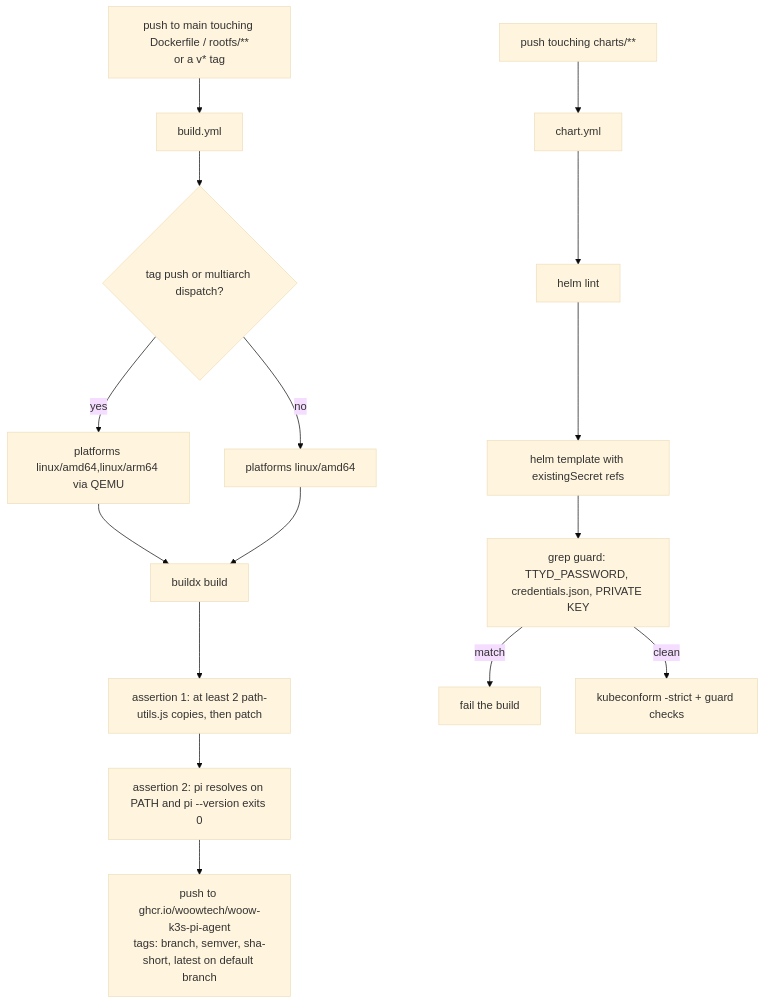
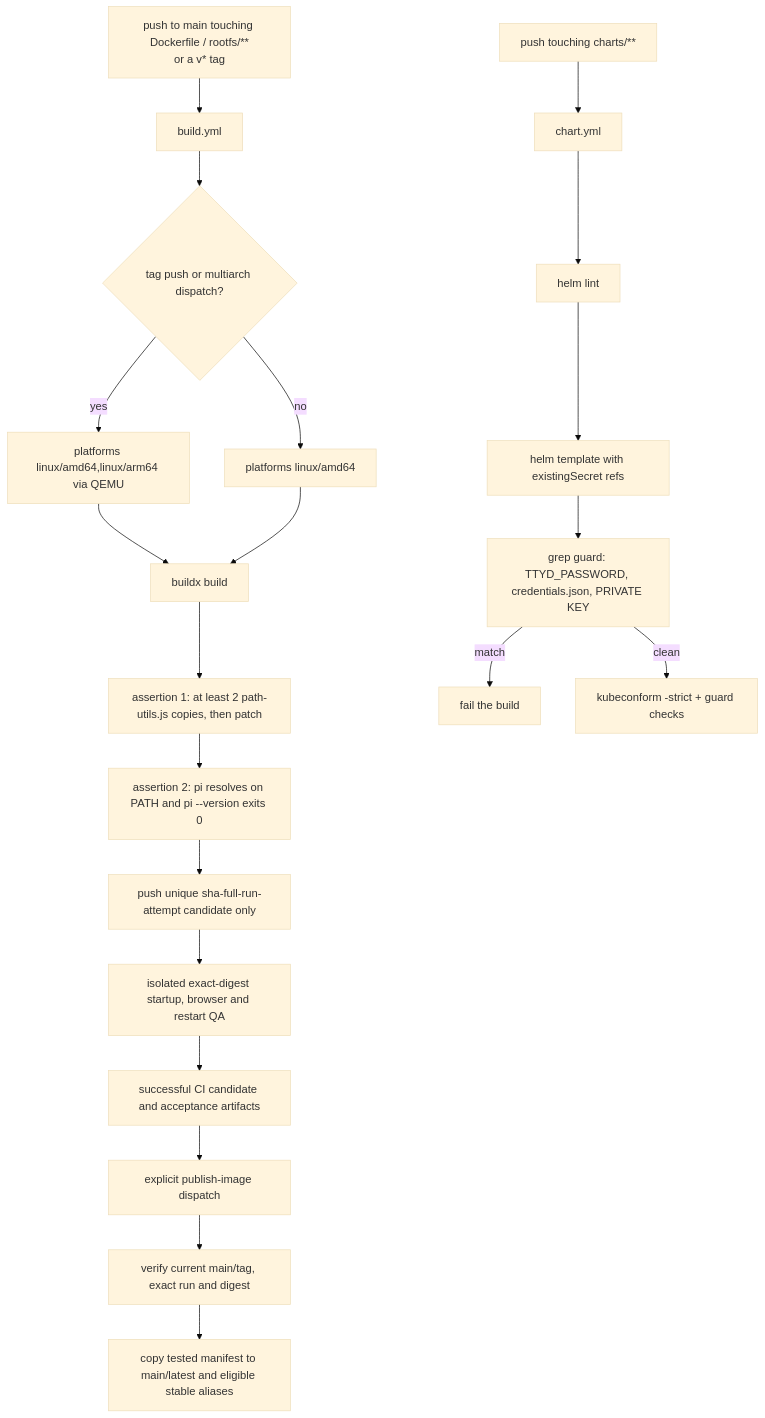
One commit to WOOWTECH/Woow_k3s_pi_agent_package changed the fourth of 4 diagrams in docs/ARCHITECTURE.md. Above: the diagram before and after it, drawn with Mermaid (base theme). The commit also changed other lines of this file and 14 other files, not shown here.

Commit message:
fix(release): gate root 0.3.9 publication on exact image acceptance

````diff
--- a/docs/ARCHITECTURE.md
+++ b/docs/ARCHITECTURE.md
@@ -276,19 +276,24 @@
 ```mermaid
 flowchart TD
     A["push to main touching Dockerfile / rootfs/**<br/>or a v* tag"] --> B["build.yml"]
     B --> C{"tag push or multiarch dispatch?"}
     C -->|yes| D["platforms linux/amd64,linux/arm64 via QEMU"]
     C -->|no| E["platforms linux/amd64"]
     D --> F["buildx build"]
     E --> F
     F --> G["assertion 1: at least 2 path-utils.js copies, then patch"]
     G --> H["assertion 2: pi resolves on PATH and pi --version exits 0"]
-    H --> I["push to ghcr.io/woowtech/woow-k3s-pi-agent<br/>tags: branch, semver, sha-short, latest on default branch"]
+    H --> I["push unique sha-full-run-attempt candidate only"]
+    I --> Q["isolated exact-digest startup, browser and restart QA"]
+    Q --> R["successful CI candidate and acceptance artifacts"]
+    R --> S["explicit publish-image dispatch"]
+    S --> T["verify current main/tag, exact run and digest"]
+    T --> U["copy tested manifest to main/latest and eligible stable aliases"]
 
     J["push touching charts/**"] --> K["chart.yml"]
     K --> L["helm lint"]
     L --> M["helm template with existingSecret refs"]
     M --> N["grep guard: TTYD_PASSWORD, credentials.json, PRIVATE KEY"]
     N -->|match| O["fail the build"]
     N -->|clean| P["kubeconform -strict + guard checks"]
 ```
````
